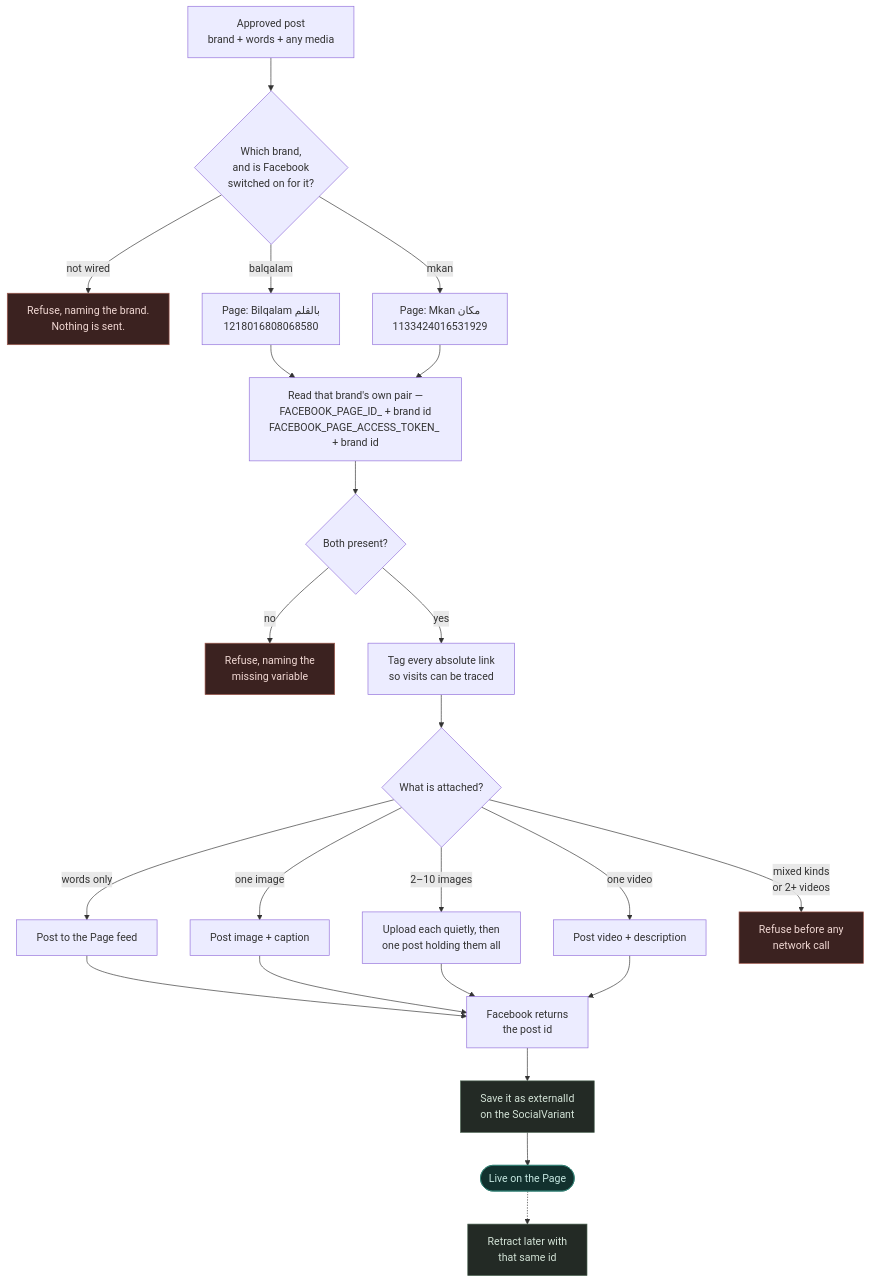
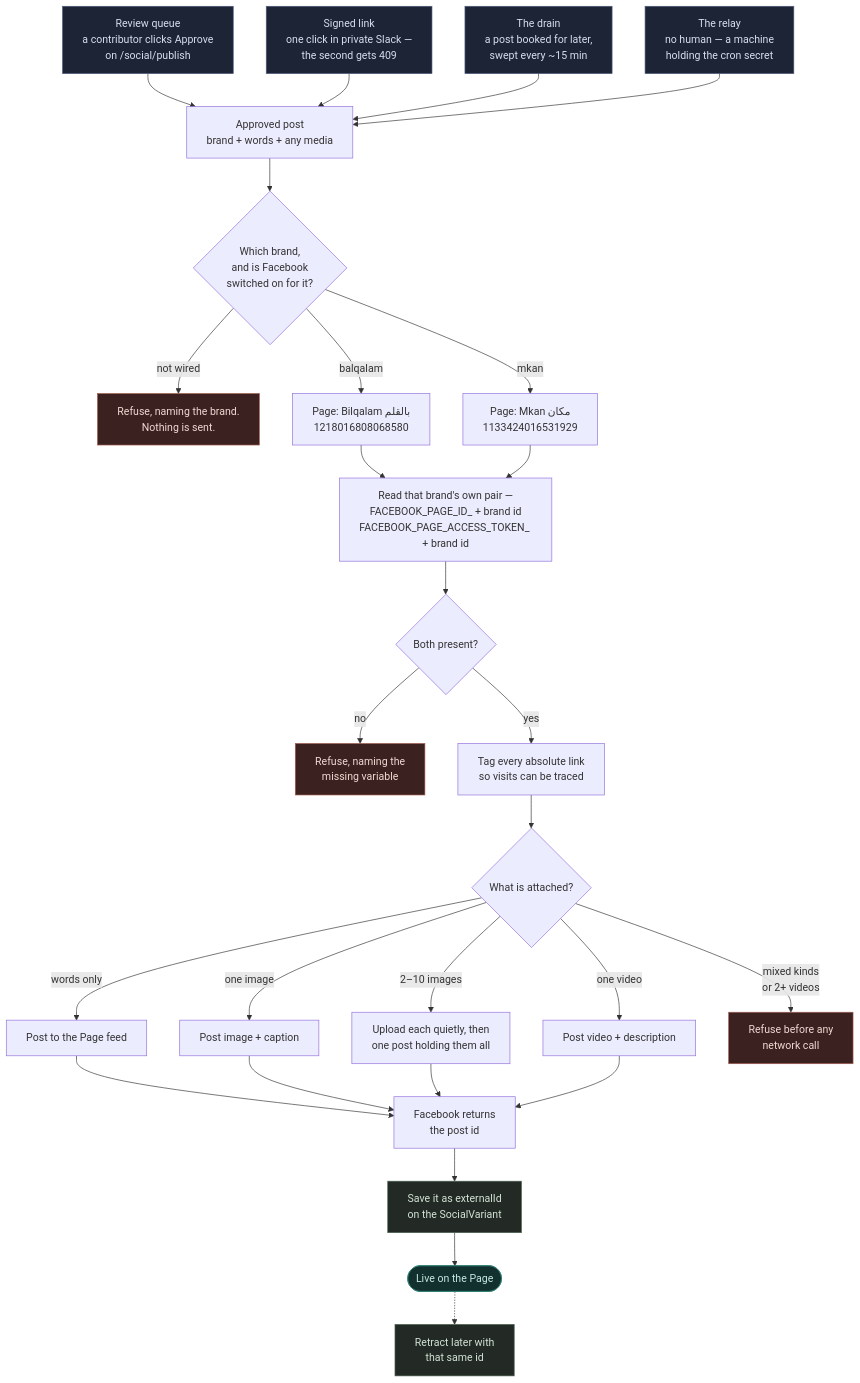
The second of 2 diagrams in content/docs/social/index.mdx (databayt/kun), drawn with Mermaid before and after one commit. The commit also changed other lines of this file, not shown here.

First line of the commit message:
docs(social): say where an approved post actually comes from

````diff
--- a/content/docs/social/index.mdx
+++ b/content/docs/social/index.mdx
@@ -60,36 +60,43 @@
 ```mermaid
 flowchart TD
+  D1["Review queue<br/>a contributor clicks Approve<br/>on /social/publish"] --> A
+  D2["Signed link<br/>one click in private Slack —<br/>the second gets 409"] --> A
+  D3["The drain<br/>a post booked for later,<br/>swept every ~15 min"] --> A
+  D4["The relay<br/>no human — a machine<br/>holding the cron secret"] --> A
+
   A["Approved post<br/>brand + words + any media"] --> B{"Which brand,<br/>and is Facebook<br/>switched on for it?"}
 
   B -- "not wired" --> S1["Refuse, naming the brand.<br/>Nothing is sent."]
   B -- "balqalam" --> P1["Page: Bilqalam بالقلم<br/>1218016808068580"]
   B -- "mkan" --> P2["Page: Mkan مكان<br/>1133424016531929"]
 
   P1 --> K["Read that brand's own pair —<br/>FACEBOOK_PAGE_ID_ + brand id<br/>FACEBOOK_PAGE_ACCESS_TOKEN_ + brand id"]
   P2 --> K
   K --> Q{"Both present?"}
   Q -- no --> S2["Refuse, naming the<br/>missing variable"]
   Q -- yes --> U["Tag every absolute link<br/>so visits can be traced"]
 
   U --> M{"What is attached?"}
   M -- "words only" --> F1["Post to the Page feed"]
   M -- "one image" --> F2["Post image + caption"]
   M -- "2–10 images" --> F3["Upload each quietly, then<br/>one post holding them all"]
   M -- "one video" --> F4["Post video + description"]
   M -- "mixed kinds<br/>or 2+ videos" --> S3["Refuse before any<br/>network call"]
 
   F1 --> R["Facebook returns<br/>the post id"]
   F2 --> R
   F3 --> R
   F4 --> R
   R --> SAVE["Save it as externalId<br/>on the SocialVariant"]
   SAVE --> LIVE(["Live on the Page"])
   LIVE -.-> DEL["Retract later with<br/>that same id"]
 
   classDef stop fill:#3b2220,stroke:#a35a4e,color:#f2d9d4;
   classDef live fill:#12312e,stroke:#2f7d72,color:#c6e8e2;
   classDef keep fill:#232a25,stroke:#4a6350,color:#d3e3d7;
+  classDef door fill:#1d2436,stroke:#4d5a7a,color:#d7deee;
   class S1,S2,S3 stop;
   class LIVE live;
   class SAVE,DEL keep;
+  class D1,D2,D3,D4 door;
 ```
````
